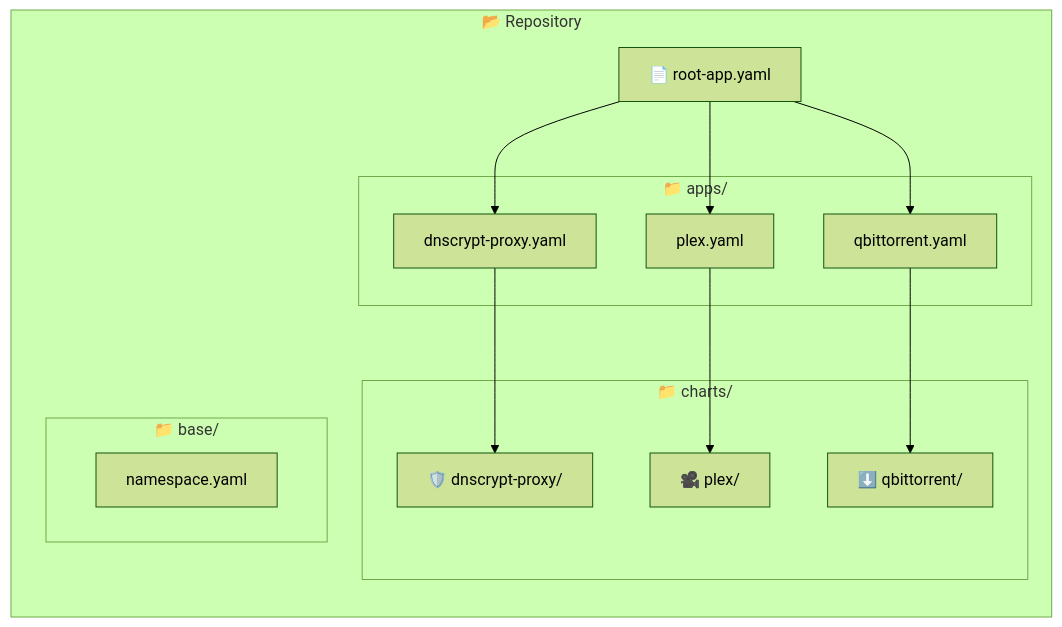
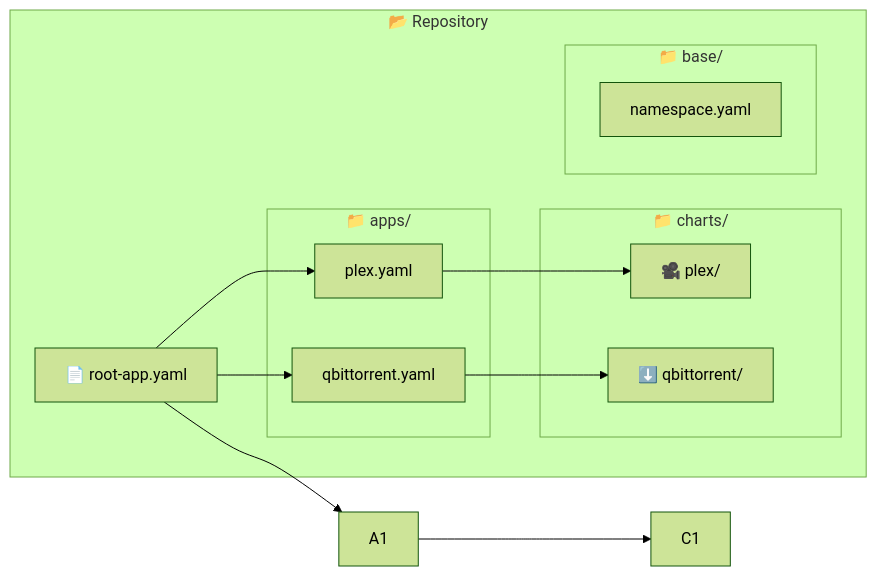
Before and after one commit to muchiny/media-stack-k8s: the second of 3 diagrams in README.md, drawn with Mermaid (forest theme). The commit also changed other lines of this file and 20 other files, not shown here.

````diff
--- a/README.md
+++ b/README.md
@@ -66,29 +64,27 @@
 ```mermaid
 graph LR
     subgraph "📂 Repository"
         ROOT[📄 root-app.yaml]
 
         subgraph "📁 apps/"
-            A1[dnscrypt-proxy.yaml]
             A2[plex.yaml]
             A3[qbittorrent.yaml]
         end
 
         subgraph "📁 charts/"
-            C1[🛡️ dnscrypt-proxy/]
             C2[🎥 plex/]
             C3[⬇️ qbittorrent/]
         end
 
         subgraph "📁 base/"
             B1[namespace.yaml]
         end
     end
 
     ROOT --> A1
     ROOT --> A2
     ROOT --> A3
     A1 --> C1
     A2 --> C2
     A3 --> C3
 ```
````
